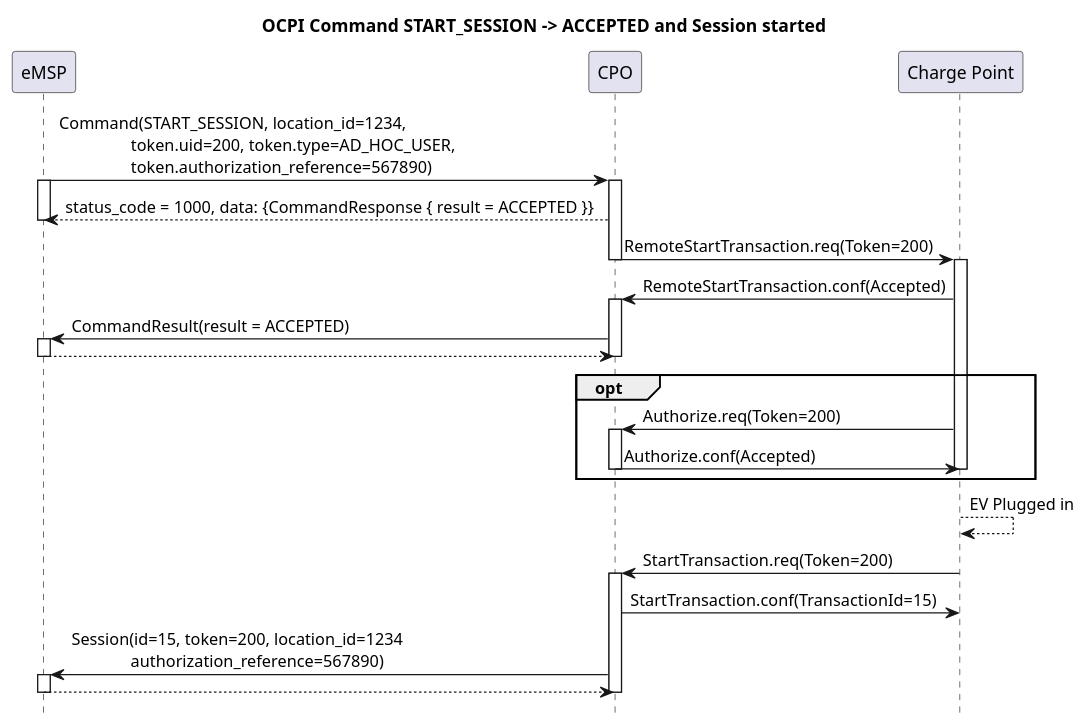
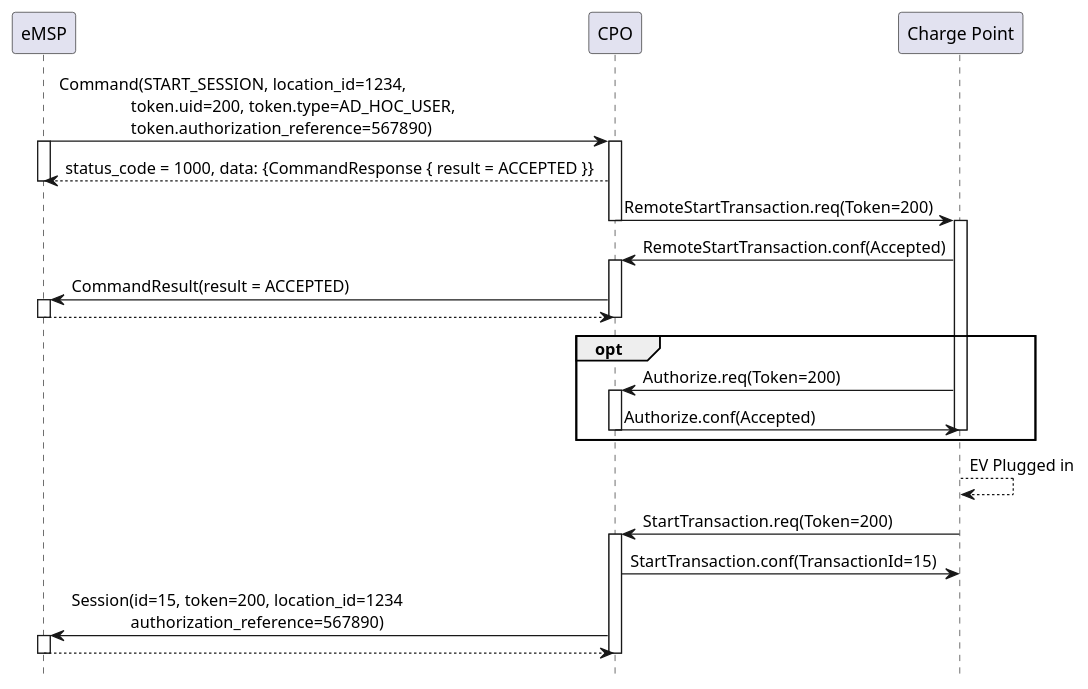
Before and after one commit to ocpi/ocpi: the diagram in plantuml/command_start_session_succesful.plantuml, drawn with PlantUML. The commit also changed 15 other files, not shown here.

```diff
--- a/plantuml/command_start_session_succesful.plantuml
+++ b/plantuml/command_start_session_succesful.plantuml
@@ -1,46 +1,45 @@
 @startuml
-title OCPI Command START_SESSION -> ACCEPTED and Session started
 hide footbox
 
 participant eMSP
 participant CPO
 participant "Charge Point" as CP
 
 eMSP ->  CPO:  Command(START_SESSION, location_id=1234,\n                 token.uid=200, token.type=AD_HOC_USER,\n                 token.authorization_reference=567890)
 activate eMSP
 activate CPO
 CPO  --> eMSP: status_code = 1000, data: {CommandResponse { result = ACCEPTED }}
 deactivate eMSP
 
 CPO  ->  CP:   RemoteStartTransaction.req(Token=200)
 deactivate CPO
 activate CP
 CP   ->  CPO:  RemoteStartTransaction.conf(Accepted)
 activate CPO
 CPO  ->  eMSP: CommandResult(result = ACCEPTED)
 activate eMSP
 eMSP --> CPO: 
 deactivate CPO
 deactivate eMSP
 
 opt
   CP   ->  CPO:  Authorize.req(Token=200)
   activate CPO
   CPO  ->  CP:   Authorize.conf(Accepted)
   deactivate CP
   deactivate CPO
 end
 
 CP   --> CP: EV Plugged in
 
 CP   ->  CPO:  StartTransaction.req(Token=200)
 activate CPO
 CPO  ->  CP:   StartTransaction.conf(TransactionId=15)
 deactivate CP
 CPO  ->  eMSP: Session(id=15, token=200, location_id=1234\n              authorization_reference=567890)
 activate eMSP
 eMSP --> CPO: 
 deactivate CPO
 deactivate eMSP
 
 @enduml
```
